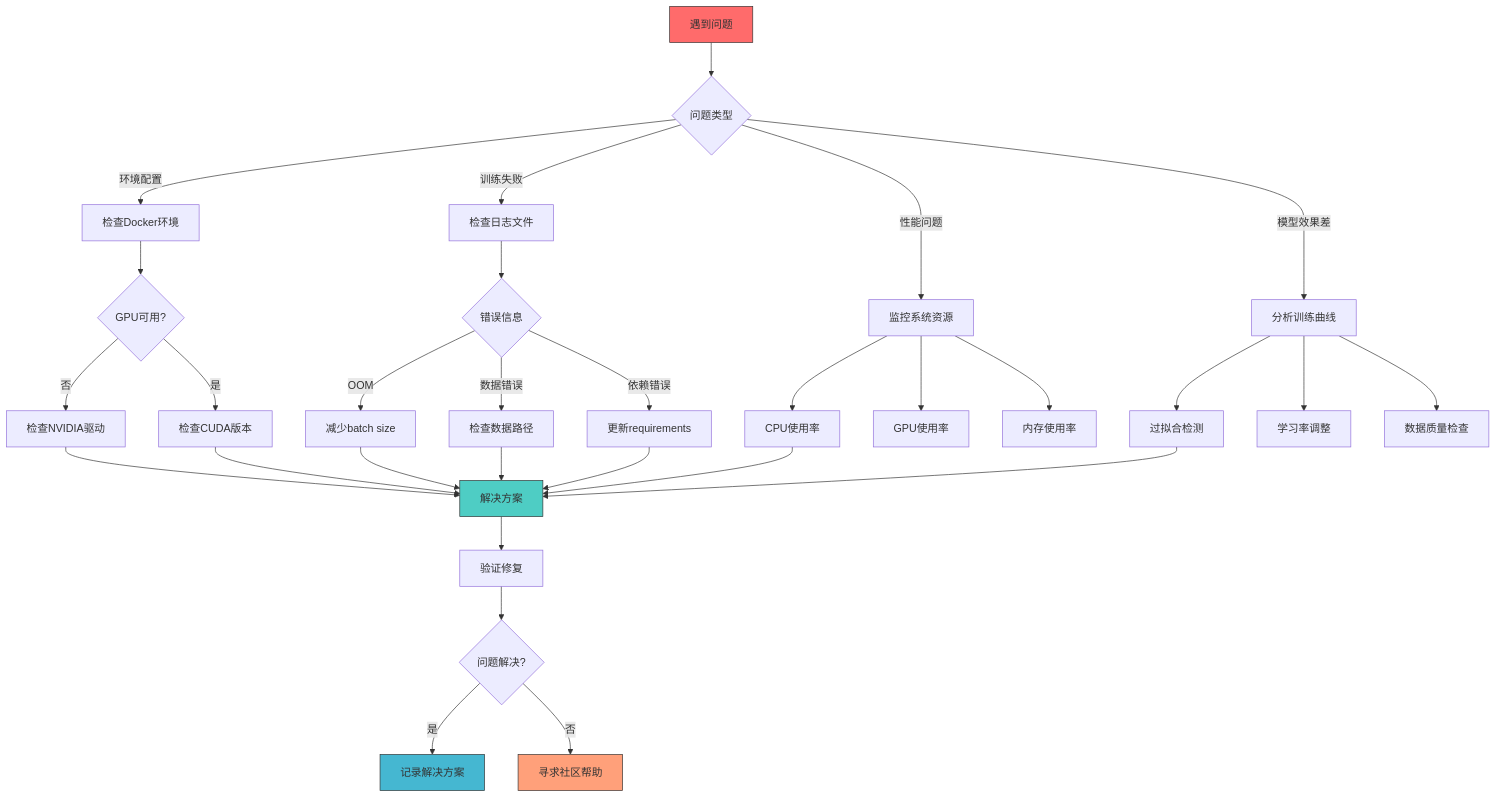
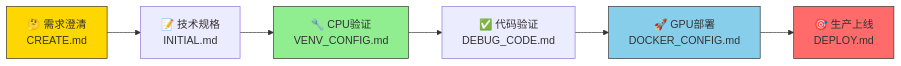
The seventh of 9 diagrams in README.md (ouyangshixiong/context-engineering-zh), drawn with Mermaid before and after one commit. The commit also changed other lines of this file and 24 other files, not shown here.

````diff
--- a/README.md
+++ b/README.md
@@ -165,44 +396,13 @@
 ```mermaid
-flowchart TD
-    A[遇到问题] --> B{问题类型}
+flowchart LR
+    A[🤔 需求澄清<br/>CREATE.md] --> B[📝 技术规格<br/>INITIAL.md]
+    B --> C[🔧 CPU验证<br/>VENV_CONFIG.md]
+    C --> D[✅ 代码验证<br/>DEBUG_CODE.md]
+    D --> E[🚀 GPU部署<br/>DOCKER_CONFIG.md]
+    E --> F[🎯 生产上线<br/>DEPLOY.md]
     
-    B -->|环境配置| C[检查Docker环境]
-    B -->|训练失败| D[检查日志文件]
-    B -->|性能问题| E[监控系统资源]
-    B -->|模型效果差| F[分析训练曲线]
-    
-    C --> C1{GPU可用?}
-    C1 -->|否| C2[检查NVIDIA驱动]
-    C1 -->|是| C3[检查CUDA版本]
-    
-    D --> D1{错误信息}
-    D1 -->|OOM| D2[减少batch size]
-    D1 -->|数据错误| D3[检查数据路径]
-    D1 -->|依赖错误| D4[更新requirements]
-    
-    E --> E1[CPU使用率]
-    E --> E2[GPU使用率]
-    E --> E3[内存使用率]
-    
-    F --> F1[过拟合检测]
-    F --> F2[学习率调整]
-    F --> F3[数据质量检查]
-    
-    C2 --> G[解决方案]
-    C3 --> G
-    D2 --> G
-    D3 --> G
-    D4 --> G
-    E1 --> G
-    F1 --> G
-    
-    G --> H[验证修复]
-    H --> I{问题解决?}
-    I -->|是| J[记录解决方案]
-    I -->|否| K[寻求社区帮助]
-    
-    style A fill:#FF6B6B,stroke:#333
-    style G fill:#4ECDC4,stroke:#333
-    style J fill:#45B7D1,stroke:#333
-    style K fill:#FFA07A,stroke:#333
+    style A fill:#FFD700,stroke:#333
+    style C fill:#90EE90,stroke:#333
+    style E fill:#87CEEB,stroke:#333
+    style F fill:#FF6B6B,stroke:#333
 ```
````
